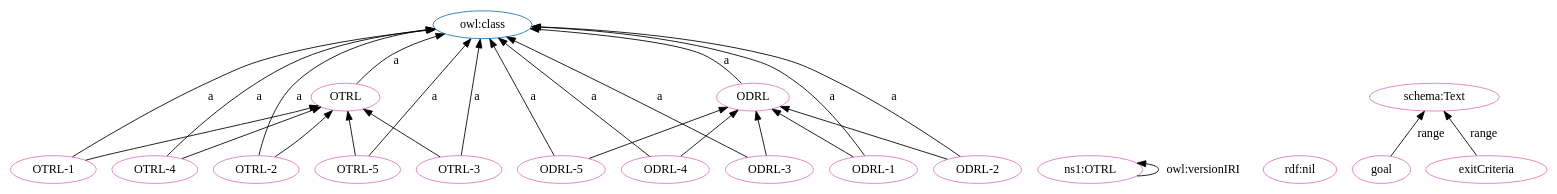
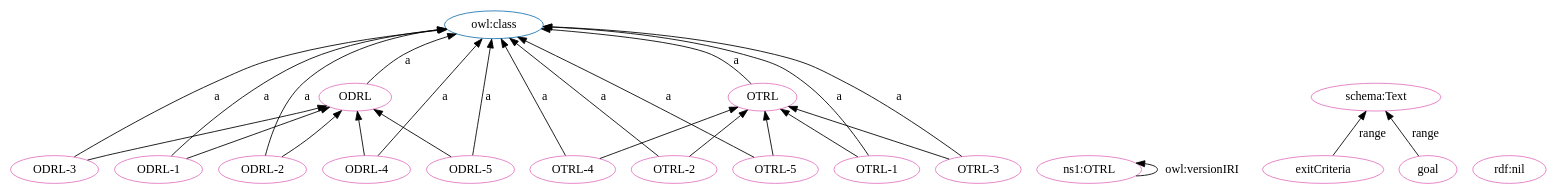
Before and after one commit to OPEN-NEXT/OKH-LOSH: the diagram in OTRL-clean.dot, drawn with Graphviz. The commit also changed other lines of this file and 17 other files, not shown here.

```diff
--- a/OTRL-clean.dot
+++ b/OTRL-clean.dot
@@ -1,49 +1,49 @@
 digraph G {
   rankdir=BT
   node[height=.3]
-"http://purl.org/oseg/ontologies/OTRL#OTRL" [fillcolor="#1f77b4" color="#1f77b4" label="OTRL"]
 "http://purl.org/oseg/ontologies/OTRL#ODRL" [fillcolor="#1f77b4" color="#1f77b4" label="ODRL"]
 "http://www.w3.org/2002/07/owl#class" [fillcolor="#1f77b4" color="#1f77b4" label="owl:class"]
-"http://purl.org/oseg/ontologies/OTRL#OTRL" [fillcolor="#e377c2" color="#e377c2" label="OTRL"]
+"http://purl.org/oseg/ontologies/OTRL#OTRL" [fillcolor="#1f77b4" color="#1f77b4" label="OTRL"]
 "http://purl.org/oseg/ontologies/OTRL#ODRL" [fillcolor="#e377c2" color="#e377c2" label="ODRL"]
 "http://purl.org/oseg/ontologies/OTRL" [fillcolor="#e377c2" color="#e377c2" label="ns1:OTRL"]
-"http://www.w3.org/1999/02/22-rdf-syntax-ns#nil" [fillcolor="#e377c2" color="#e377c2" label="rdf:nil"]
-"http://purl.org/oseg/ontologies/OTRL#ODRL-4" [fillcolor="#e377c2" color="#e377c2" label="ODRL-4"]
-"http://purl.org/oseg/ontologies/OTRL#ODRL-5" [fillcolor="#e377c2" color="#e377c2" label="ODRL-5"]
+"http://purl.org/oseg/ontologies/OTRL#exitCriteria" [fillcolor="#e377c2" color="#e377c2" label="exitCriteria"]
+"http://purl.org/oseg/ontologies/OTRL#OTRL-2" [fillcolor="#e377c2" color="#e377c2" label="OTRL-2"]
+"http://purl.org/oseg/ontologies/OTRL#ODRL-1" [fillcolor="#e377c2" color="#e377c2" label="ODRL-1"]
+"http://purl.org/oseg/ontologies/OTRL#ODRL-3" [fillcolor="#e377c2" color="#e377c2" label="ODRL-3"]
+"http://purl.org/oseg/ontologies/OTRL#OTRL" [fillcolor="#e377c2" color="#e377c2" label="OTRL"]
 "http://purl.org/oseg/ontologies/OTRL#OTRL-4" [fillcolor="#e377c2" color="#e377c2" label="OTRL-4"]
 "http://purl.org/oseg/ontologies/OTRL#goal" [fillcolor="#e377c2" color="#e377c2" label="goal"]
+"http://purl.org/oseg/ontologies/OTRL#ODRL-2" [fillcolor="#e377c2" color="#e377c2" label="ODRL-2"]
+"http://purl.org/oseg/ontologies/OTRL#ODRL-5" [fillcolor="#e377c2" color="#e377c2" label="ODRL-5"]
+"http://purl.org/oseg/ontologies/OTRL#OTRL-5" [fillcolor="#e377c2" color="#e377c2" label="OTRL-5"]
+"http://schema.org/Text" [fillcolor="#e377c2" color="#e377c2" label="schema:Text"]
+"http://purl.org/oseg/ontologies/OTRL#OTRL-3" [fillcolor="#e377c2" color="#e377c2" label="OTRL-3"]
 "http://purl.org/oseg/ontologies/OTRL#OTRL-1" [fillcolor="#e377c2" color="#e377c2" label="OTRL-1"]
-"http://purl.org/oseg/ontologies/OTRL#exitCriteria" [fillcolor="#e377c2" color="#e377c2" label="exitCriteria"]
-"http://purl.org/oseg/ontologies/OTRL#OTRL-2" [fillcolor="#e377c2" color="#e377c2" label="OTRL-2"]
-"http://purl.org/oseg/ontologies/OTRL#ODRL-3" [fillcolor="#e377c2" color="#e377c2" label="ODRL-3"]
-"http://purl.org/oseg/ontologies/OTRL#ODRL-2" [fillcolor="#e377c2" color="#e377c2" label="ODRL-2"]
-"http://schema.org/Text" [fillcolor="#e377c2" color="#e377c2" label="schema:Text"]
-"http://purl.org/oseg/ontologies/OTRL#ODRL-1" [fillcolor="#e377c2" color="#e377c2" label="ODRL-1"]
-"http://purl.org/oseg/ontologies/OTRL#OTRL-3" [fillcolor="#e377c2" color="#e377c2" label="OTRL-3"]
-"http://purl.org/oseg/ontologies/OTRL#OTRL-5" [fillcolor="#e377c2" color="#e377c2" label="OTRL-5"]
+"http://purl.org/oseg/ontologies/OTRL#ODRL-4" [fillcolor="#e377c2" color="#e377c2" label="ODRL-4"]
+"http://www.w3.org/1999/02/22-rdf-syntax-ns#nil" [fillcolor="#e377c2" color="#e377c2" label="rdf:nil"]
+  "http://purl.org/oseg/ontologies/OTRL#OTRL-2" -> "http://www.w3.org/2002/07/owl#class" [label="a"]
+  "http://purl.org/oseg/ontologies/OTRL#ODRL-1" -> "http://www.w3.org/2002/07/owl#class" [label="a"]
+  "http://purl.org/oseg/ontologies/OTRL#ODRL-2" -> "http://www.w3.org/2002/07/owl#class" [label="a"]
+  "http://purl.org/oseg/ontologies/OTRL#ODRL-3" -> "http://purl.org/oseg/ontologies/OTRL#ODRL" [label=""]
+  "http://purl.org/oseg/ontologies/OTRL#OTRL-1" -> "http://purl.org/oseg/ontologies/OTRL#OTRL" [label=""]
+  "http://purl.org/oseg/ontologies/OTRL#OTRL-1" -> "http://www.w3.org/2002/07/owl#class" [label="a"]
+  "http://purl.org/oseg/ontologies/OTRL#ODRL-4" -> "http://www.w3.org/2002/07/owl#class" [label="a"]
+  "http://purl.org/oseg/ontologies/OTRL#OTRL-4" -> "http://purl.org/oseg/ontologies/OTRL#OTRL" [label=""]
+  "http://purl.org/oseg/ontologies/OTRL#goal" -> "http://schema.org/Text" [label="range"]
+  "http://purl.org/oseg/ontologies/OTRL#ODRL" -> "http://www.w3.org/2002/07/owl#class" [label="a"]
+  "http://purl.org/oseg/ontologies/OTRL#ODRL-2" -> "http://purl.org/oseg/ontologies/OTRL#ODRL" [label=""]
+  "http://purl.org/oseg/ontologies/OTRL#ODRL-3" -> "http://www.w3.org/2002/07/owl#class" [label="a"]
+  "http://purl.org/oseg/ontologies/OTRL#OTRL-4" -> "http://www.w3.org/2002/07/owl#class" [label="a"]
+  "http://purl.org/oseg/ontologies/OTRL#OTRL-2" -> "http://purl.org/oseg/ontologies/OTRL#OTRL" [label=""]
   "http://purl.org/oseg/ontologies/OTRL" -> "http://purl.org/oseg/ontologies/OTRL" [label="owl:versionIRI"]
+  "http://purl.org/oseg/ontologies/OTRL#OTRL-3" -> "http://purl.org/oseg/ontologies/OTRL#OTRL" [label=""]
+  "http://purl.org/oseg/ontologies/OTRL#ODRL-5" -> "http://www.w3.org/2002/07/owl#class" [label="a"]
+  "http://purl.org/oseg/ontologies/OTRL#ODRL-4" -> "http://purl.org/oseg/ontologies/OTRL#ODRL" [label=""]
+  "http://purl.org/oseg/ontologies/OTRL#OTRL-5" -> "http://www.w3.org/2002/07/owl#class" [label="a"]
+  "http://purl.org/oseg/ontologies/OTRL#exitCriteria" -> "http://schema.org/Text" [label="range"]
+  "http://purl.org/oseg/ontologies/OTRL#OTRL-3" -> "http://www.w3.org/2002/07/owl#class" [label="a"]
   "http://purl.org/oseg/ontologies/OTRL#ODRL-5" -> "http://purl.org/oseg/ontologies/OTRL#ODRL" [label=""]
-  "http://purl.org/oseg/ontologies/OTRL#OTRL-4" -> "http://www.w3.org/2002/07/owl#class" [label="a"]
-  "http://purl.org/oseg/ontologies/OTRL#ODRL-3" -> "http://purl.org/oseg/ontologies/OTRL#ODRL" [label=""]
-  "http://purl.org/oseg/ontologies/OTRL#OTRL-2" -> "http://www.w3.org/2002/07/owl#class" [label="a"]
-  "http://purl.org/oseg/ontologies/OTRL#OTRL-1" -> "http://purl.org/oseg/ontologies/OTRL#OTRL" [label=""]
-  "http://purl.org/oseg/ontologies/OTRL#ODRL-2" -> "http://www.w3.org/2002/07/owl#class" [label="a"]
-  "http://purl.org/oseg/ontologies/OTRL#ODRL-2" -> "http://purl.org/oseg/ontologies/OTRL#ODRL" [label=""]
-  "http://purl.org/oseg/ontologies/OTRL#OTRL-2" -> "http://purl.org/oseg/ontologies/OTRL#OTRL" [label=""]
-  "http://purl.org/oseg/ontologies/OTRL#goal" -> "http://schema.org/Text" [label="range"]
-  "http://purl.org/oseg/ontologies/OTRL#exitCriteria" -> "http://schema.org/Text" [label="range"]
-  "http://purl.org/oseg/ontologies/OTRL#OTRL-5" -> "http://www.w3.org/2002/07/owl#class" [label="a"]
-  "http://purl.org/oseg/ontologies/OTRL#OTRL-4" -> "http://purl.org/oseg/ontologies/OTRL#OTRL" [label=""]
-  "http://purl.org/oseg/ontologies/OTRL#ODRL-4" -> "http://purl.org/oseg/ontologies/OTRL#ODRL" [label=""]
-  "http://purl.org/oseg/ontologies/OTRL#OTRL-3" -> "http://purl.org/oseg/ontologies/OTRL#OTRL" [label=""]
+  "http://purl.org/oseg/ontologies/OTRL#OTRL" -> "http://www.w3.org/2002/07/owl#class" [label="a"]
   "http://purl.org/oseg/ontologies/OTRL#OTRL-5" -> "http://purl.org/oseg/ontologies/OTRL#OTRL" [label=""]
-  "http://purl.org/oseg/ontologies/OTRL#ODRL-4" -> "http://www.w3.org/2002/07/owl#class" [label="a"]
-  "http://purl.org/oseg/ontologies/OTRL#OTRL" -> "http://www.w3.org/2002/07/owl#class" [label="a"]
   "http://purl.org/oseg/ontologies/OTRL#ODRL-1" -> "http://purl.org/oseg/ontologies/OTRL#ODRL" [label=""]
-  "http://purl.org/oseg/ontologies/OTRL#ODRL-5" -> "http://www.w3.org/2002/07/owl#class" [label="a"]
-  "http://purl.org/oseg/ontologies/OTRL#OTRL-1" -> "http://www.w3.org/2002/07/owl#class" [label="a"]
-  "http://purl.org/oseg/ontologies/OTRL#ODRL-3" -> "http://www.w3.org/2002/07/owl#class" [label="a"]
-  "http://purl.org/oseg/ontologies/OTRL#ODRL" -> "http://www.w3.org/2002/07/owl#class" [label="a"]
-  "http://purl.org/oseg/ontologies/OTRL#ODRL-1" -> "http://www.w3.org/2002/07/owl#class" [label="a"]
-  "http://purl.org/oseg/ontologies/OTRL#OTRL-3" -> "http://www.w3.org/2002/07/owl#class" [label="a"]
 }
```
